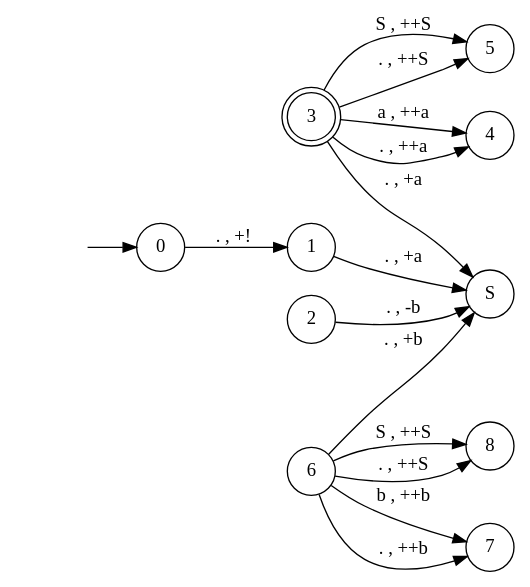
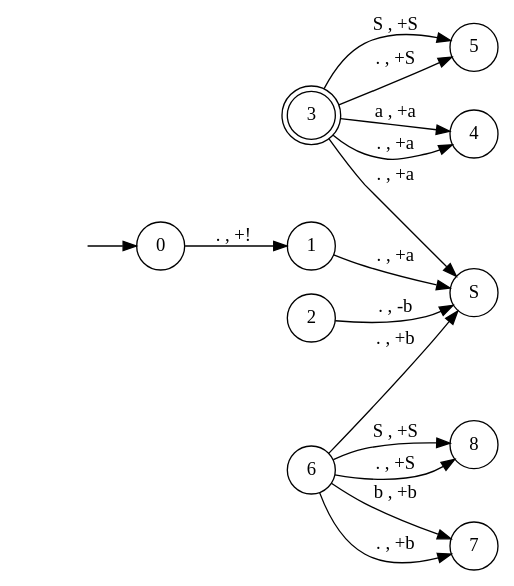
Before and after one commit to tsubaric/ToC: the diagram in test_1.gv, drawn with Graphviz. The commit also changed 2 other files, not shown here.

```diff
--- a/test_1.gv
+++ b/test_1.gv
@@ -1,21 +1,21 @@
 digraph pda {
 rankdir = LR;
 hidden [shape = plaintext, label = ""];
 node [shape = doublecircle];
 3;
 node [shape = circle];
 hidden -> 0;
 0 -> 1 [label = ". , +!"];
 1 -> S [label = ". , +a"];
 2 -> S [label = ". , -b"];
 3 -> S [label = ". , +a"];
-3 -> 4 [label = "a , ++a"];
-3 -> 4 [label = ". , ++a"];
-3 -> 5 [label = "S , ++S"];
-3 -> 5 [label = ". , ++S"];
+3 -> 4 [label = "a , +a"];
+3 -> 4 [label = ". , +a"];
+3 -> 5 [label = "S , +S"];
+3 -> 5 [label = ". , +S"];
 6 -> S [label = ". , +b"];
-6 -> 7 [label = "b , ++b"];
-6 -> 7 [label = ". , ++b"];
-6 -> 8 [label = "S , ++S"];
-6 -> 8 [label = ". , ++S"];
+6 -> 7 [label = "b , +b"];
+6 -> 7 [label = ". , +b"];
+6 -> 8 [label = "S , +S"];
+6 -> 8 [label = ". , +S"];
 }
```
